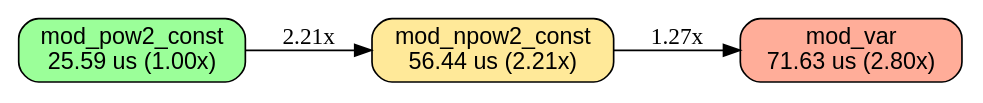
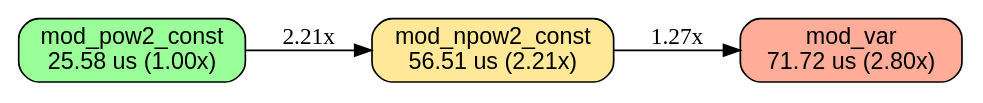
The diagram in docs/BENCHES.modulo_strategy.modulo_strategy_n16384.macos-aarch64-c8-bare-apple.dot (orgrinrt/hilavitkutin), drawn with Graphviz before and after one commit. The commit also changed 318 other files, not shown here.

```diff
--- a/docs/BENCHES.modulo_strategy.modulo_strategy_n16384.macos-aarch64-c8-bare-apple.dot
+++ b/docs/BENCHES.modulo_strategy.modulo_strategy_n16384.macos-aarch64-c8-bare-apple.dot
@@ -1,16 +1,16 @@
 // AUTO-GENERATED: DO NOT EDIT DIRECTLY
 //
 // Generated by: mockspace (mock)
-// Generated at: 2026-11-15T14:25:43Z
+// Generated at: 2026-11-22T21:16:20Z
 // Source: mock/
 // To regenerate: cargo mock
 
 digraph "modulo_strategy/modulo_strategy_n16384 on macos-aarch64-c8-bare-apple" {
   rankdir=LR;
   node [shape=box, style="rounded,filled", fontname="Helvetica"];
-  v0 [label="mod_pow2_const\n25.59 us (1.00x)", fillcolor="0.330 0.4 1.0"];
-  v1 [label="mod_npow2_const\n56.44 us (2.21x)", fillcolor="0.131 0.4 1.0"];
-  v2 [label="mod_var\n71.63 us (2.80x)", fillcolor="0.033 0.4 1.0"];
+  v0 [label="mod_pow2_const\n25.58 us (1.00x)", fillcolor="0.330 0.4 1.0"];
+  v1 [label="mod_npow2_const\n56.51 us (2.21x)", fillcolor="0.131 0.4 1.0"];
+  v2 [label="mod_var\n71.72 us (2.80x)", fillcolor="0.032 0.4 1.0"];
   v0 -> v1 [label="2.21x"];
   v1 -> v2 [label="1.27x"];
 }
```
